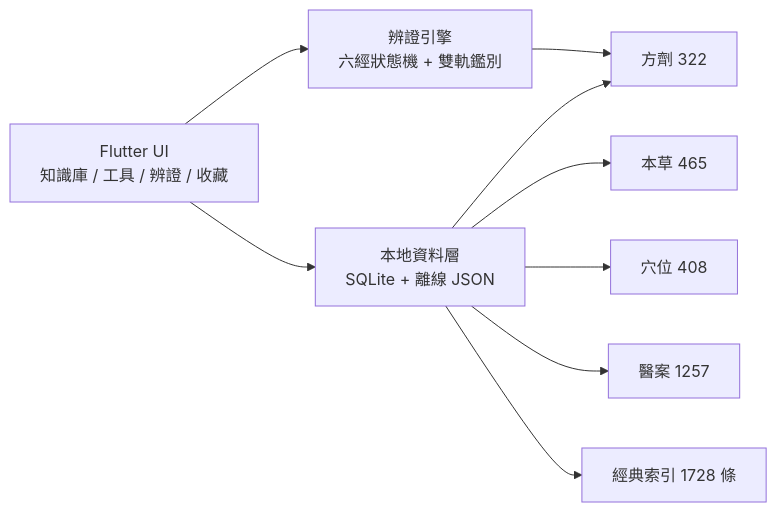
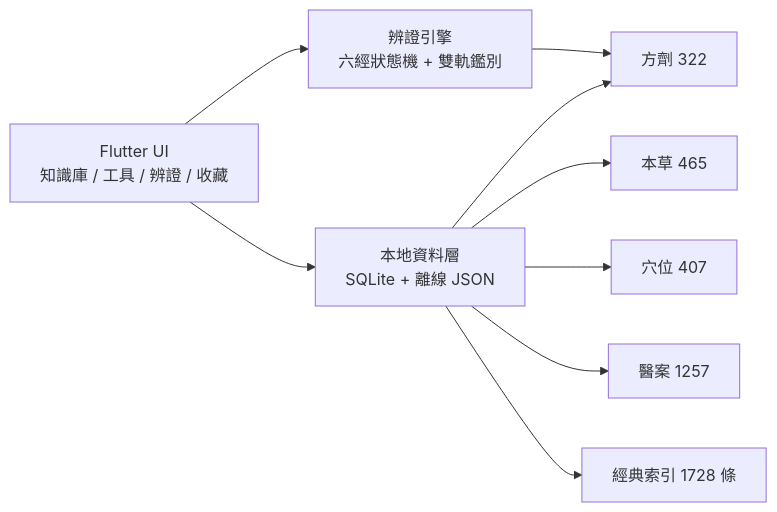
Before and after one commit to jangviktor-web/nihaixia-app: the diagram in README.zh-Hant.md, drawn with Mermaid. The commit also changed other lines of this file and 10 other files, not shown here.

````diff
--- a/README.zh-Hant.md
+++ b/README.zh-Hant.md
@@ -627,11 +631,11 @@
 ```mermaid
 flowchart LR
   UI["Flutter UI<br/>知識庫 / 工具 / 辨證 / 收藏"] --> ENG["辨證引擎<br/>六經狀態機 + 雙軌鑑別"]
   UI --> DATA["本地資料層<br/>SQLite + 離線 JSON"]
   DATA --> F["方劑 322"]
   DATA --> H["本草 465"]
-  DATA --> A["穴位 408"]
+  DATA --> A["穴位 407"]
   DATA --> M["醫案 1257"]
   DATA --> C["經典索引 1728 條"]
   ENG --> F
 ```
````
